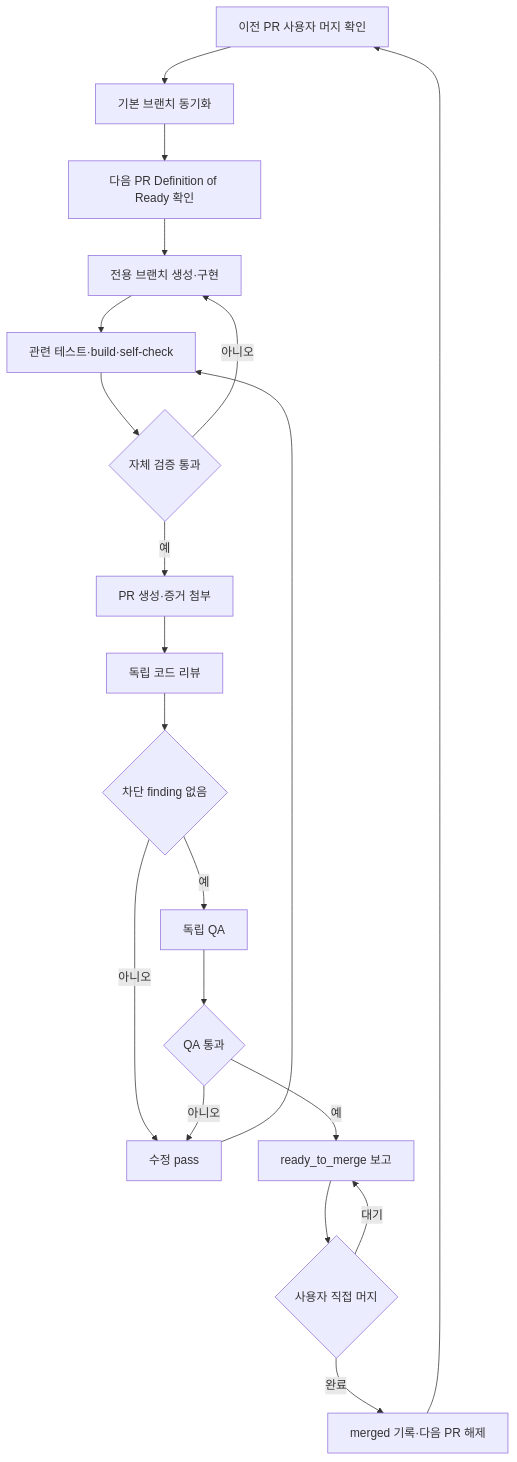
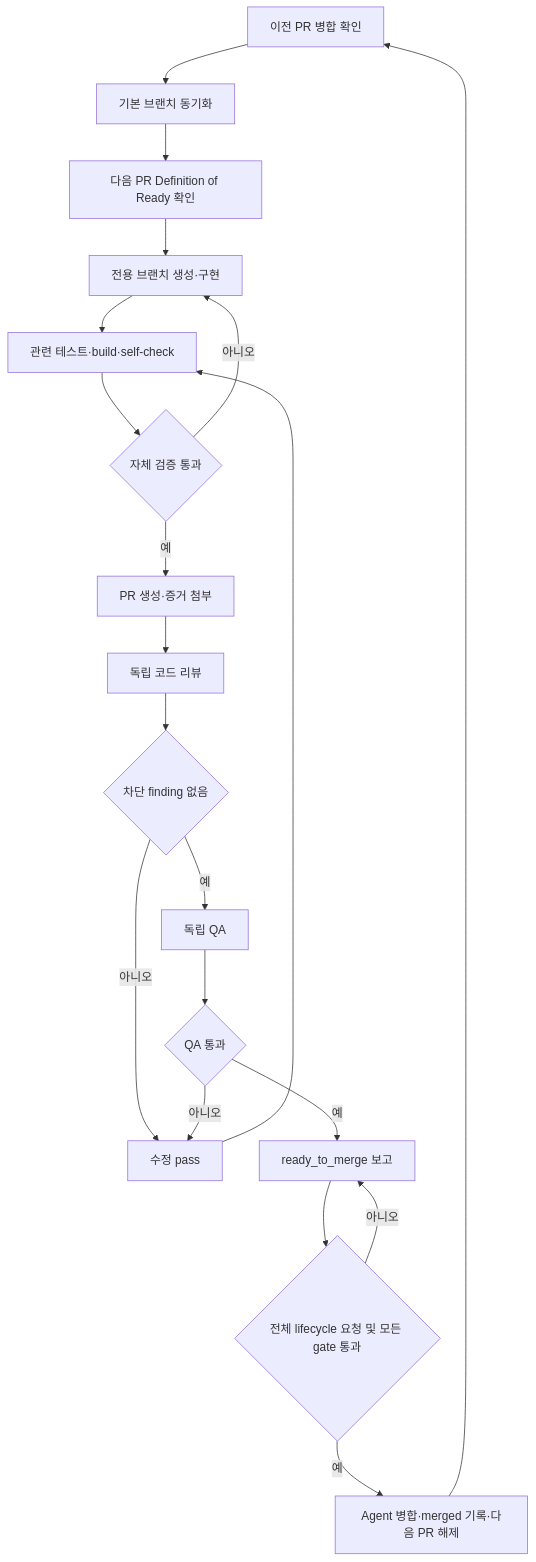
The diagram in docs/delivery/development-pr-review-qa-workflow.md (donghyunlee-dev/ai-agent-blueprint), drawn with Mermaid before and after one commit. The commit also changed other lines of this file and 69 other files, not shown here.

````diff
--- a/docs/delivery/development-pr-review-qa-workflow.md
+++ b/docs/delivery/development-pr-review-qa-workflow.md
@@ -65,22 +65,22 @@
 ```mermaid
 flowchart TD
-    A[이전 PR 사용자 머지 확인] --> B[기본 브랜치 동기화]
+    A[이전 PR 병합 확인] --> B[기본 브랜치 동기화]
     B --> C[다음 PR Definition of Ready 확인]
     C --> D[전용 브랜치 생성·구현]
     D --> E[관련 테스트·build·self-check]
     E --> F{자체 검증 통과}
     F -- 아니오 --> D
     F -- 예 --> G[PR 생성·증거 첨부]
     G --> H[독립 코드 리뷰]
     H --> I{차단 finding 없음}
     I -- 아니오 --> J[수정 pass]
     J --> E
     I -- 예 --> K[독립 QA]
     K --> L{QA 통과}
     L -- 아니오 --> J
     L -- 예 --> M[ready_to_merge 보고]
-    M --> N{사용자 직접 머지}
-    N -- 대기 --> M
-    N -- 완료 --> O[merged 기록·다음 PR 해제]
+    M --> N{전체 lifecycle 요청 및 모든 gate 통과}
+    N -- 아니오 --> M
+    N -- 예 --> O[Agent 병합·merged 기록·다음 PR 해제]
     O --> A
 ```
````
